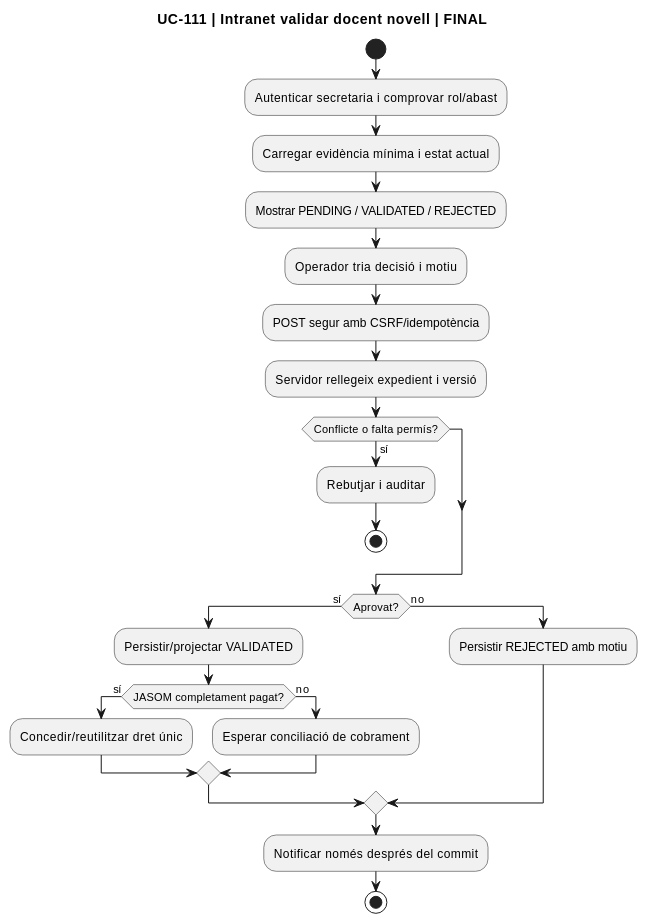
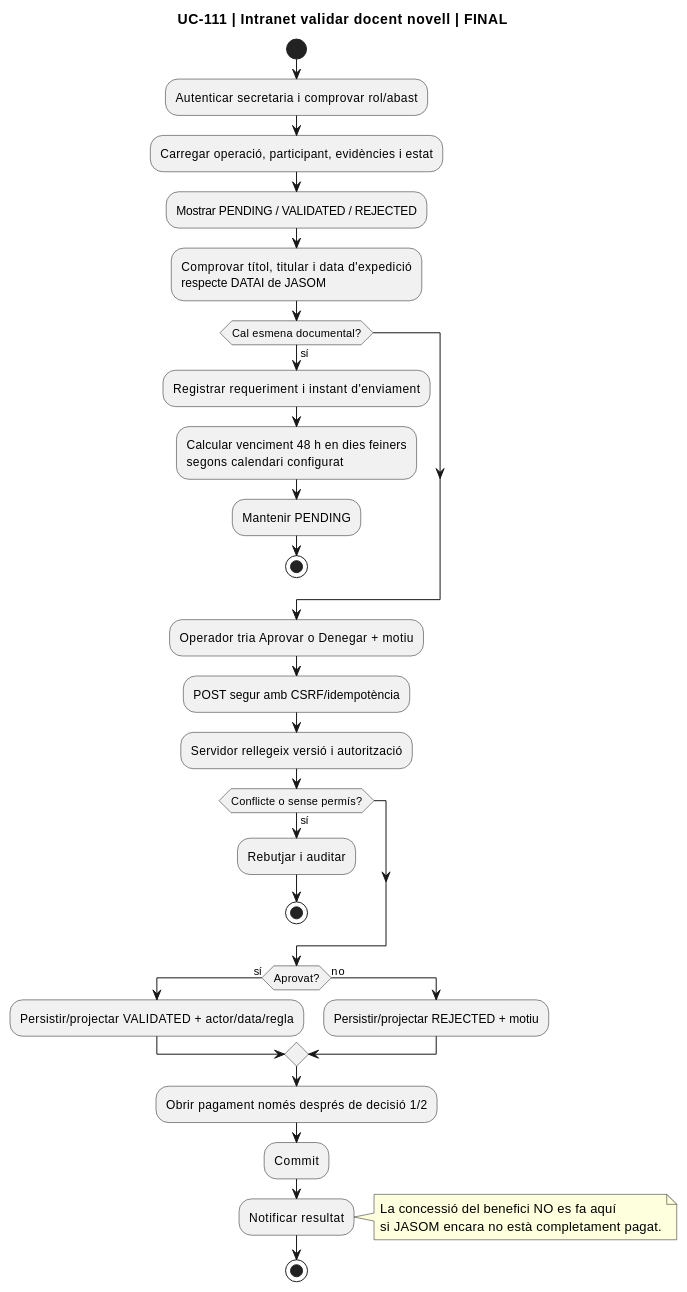
One commit to orgmeriemprismacat-del/verifactu changed the fifth of 12 diagrams in documentacio/07-uml-integrat/uc-111-activitats-actual-final.md. Above: the diagram before and after it, drawn with PlantUML. The commit also changed other lines of this file, not shown here.

Commit message:
UC-111 complete web intranet and payment activity diagrams

````diff
--- a/documentacio/07-uml-integrat/uc-111-activitats-actual-final.md
+++ b/documentacio/07-uml-integrat/uc-111-activitats-actual-final.md
@@ -91,28 +118,38 @@
 ```plantuml
 @startuml
 title UC-111 | Intranet validar docent novell | FINAL
 start
 :Autenticar secretaria i comprovar rol/abast;
-:Carregar evidència mínima i estat actual;
+:Carregar operació, participant, evidències i estat;
 :Mostrar PENDING / VALIDATED / REJECTED;
-:Operador tria decisió i motiu;
+:Comprovar títol, titular i data d'expedició
+respecte DATAI de JASOM;
+if (Cal esmena documental?) then (sí)
+  :Registrar requeriment i instant d'enviament;
+  :Calcular venciment 48 h en dies feiners
+segons calendari configurat;
+  :Mantenir PENDING;
+  stop
+endif
+:Operador tria Aprovar o Denegar + motiu;
 :POST segur amb CSRF/idempotència;
-:Servidor rellegeix expedient i versió;
-if (Conflicte o falta permís?) then (sí)
+:Servidor rellegeix versió i autorització;
+if (Conflicte o sense permís?) then (sí)
   :Rebutjar i auditar;
   stop
 endif
 if (Aprovat?) then (sí)
-  :Persistir/projectar VALIDATED;
-  if (JASOM completament pagat?) then (sí)
-    :Concedir/reutilitzar dret únic;
-  else (no)
-    :Esperar conciliació de cobrament;
-  endif
+  :Persistir/projectar VALIDATED + actor/data/regla;
 else (no)
-  :Persistir REJECTED amb motiu;
+  :Persistir/projectar REJECTED + motiu;
 endif
-:Notificar només després del commit;
+:Obrir pagament només després de decisió 1/2;
+:Commit;
+:Notificar resultat;
+note right
+  La concessió del benefici NO es fa aquí
+  si JASOM encara no està completament pagat.
+end note
 stop
 @enduml
 ```
````
